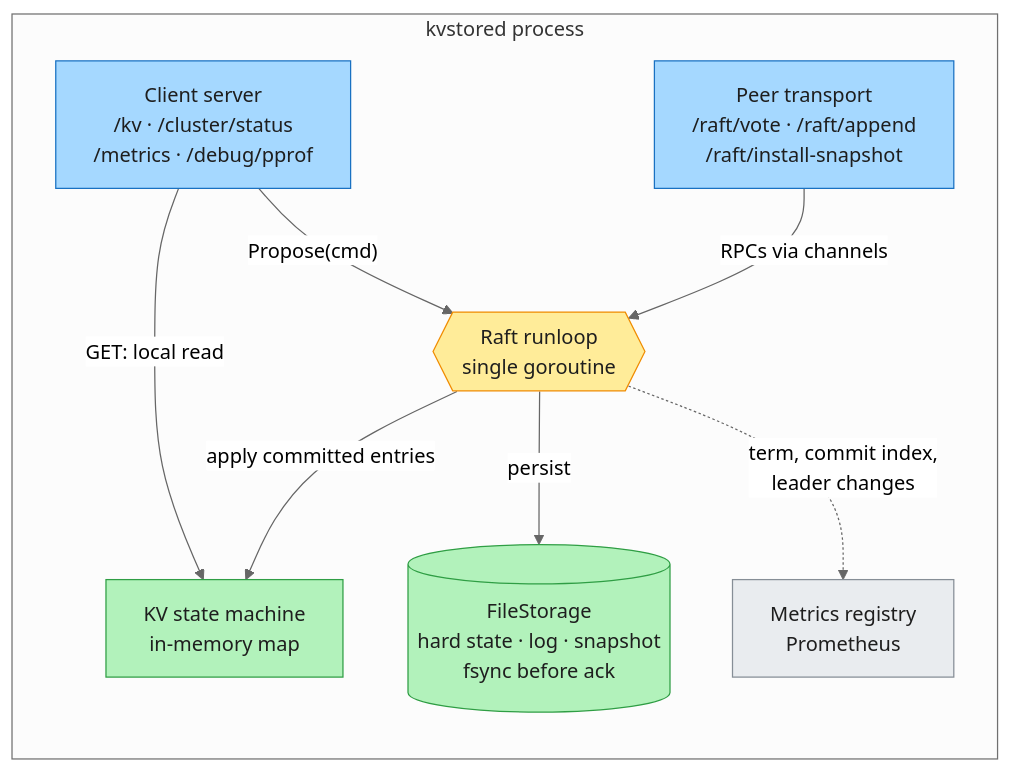
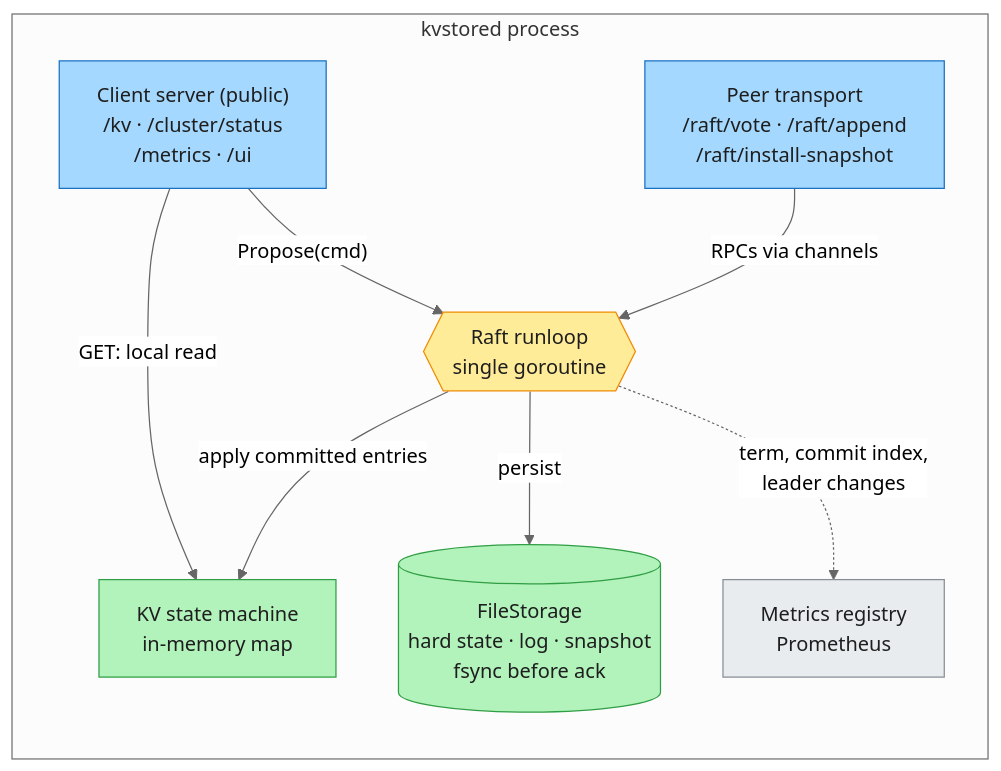
One commit to DhruvGandhi31/Distributed-Key-Value-Store changed the second of 6 diagrams in README.md. Above: the diagram before and after it, drawn with Mermaid. The commit also changed other lines of this file and 24 other files, not shown here.

````diff
--- a/README.md
+++ b/README.md
@@ -89,29 +104,29 @@
 ```mermaid
 %%{init: {'theme': 'neutral'}}%%
 flowchart TB
     subgraph proc ["kvstored process"]
         direction TB
-        API["Client server<br/>/kv · /cluster/status<br/>/metrics · /debug/pprof"]
+        API["Client server (public)<br/>/kv · /cluster/status<br/>/metrics · /ui"]
         TR["Peer transport<br/>/raft/vote · /raft/append<br/>/raft/install-snapshot"]
         RL{{"Raft runloop<br/>single goroutine"}}
         SM["KV state machine<br/>in-memory map"]
         DISK[("FileStorage<br/>hard state · log · snapshot<br/>fsync before ack")]
         MET["Metrics registry<br/>Prometheus"]
     end
 
     API -->|"Propose(cmd)"| RL
     API -->|"GET: local read"| SM
     TR -->|"RPCs via channels"| RL
     RL -->|"persist"| DISK
     RL -->|"apply committed entries"| SM
     RL -.->|"term, commit index,<br/>leader changes"| MET
 
     classDef io fill:#a5d8ff,stroke:#1971c2,color:#1e1e1e
     classDef core fill:#ffec99,stroke:#f08c00,color:#1e1e1e
     classDef data fill:#b2f2bb,stroke:#2f9e44,color:#1e1e1e
     classDef aux fill:#e9ecef,stroke:#868e96,color:#1e1e1e
     class API,TR io
     class RL core
     class SM,DISK data
     class MET aux
 ```
````
